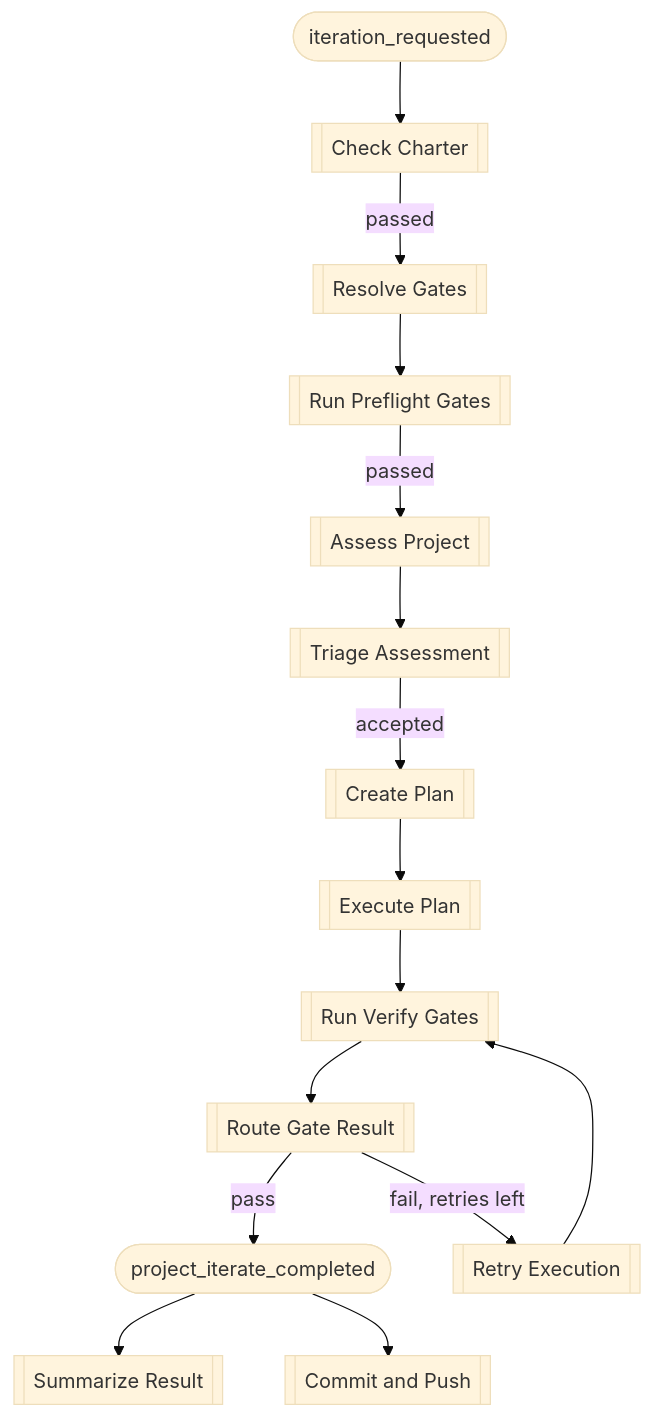
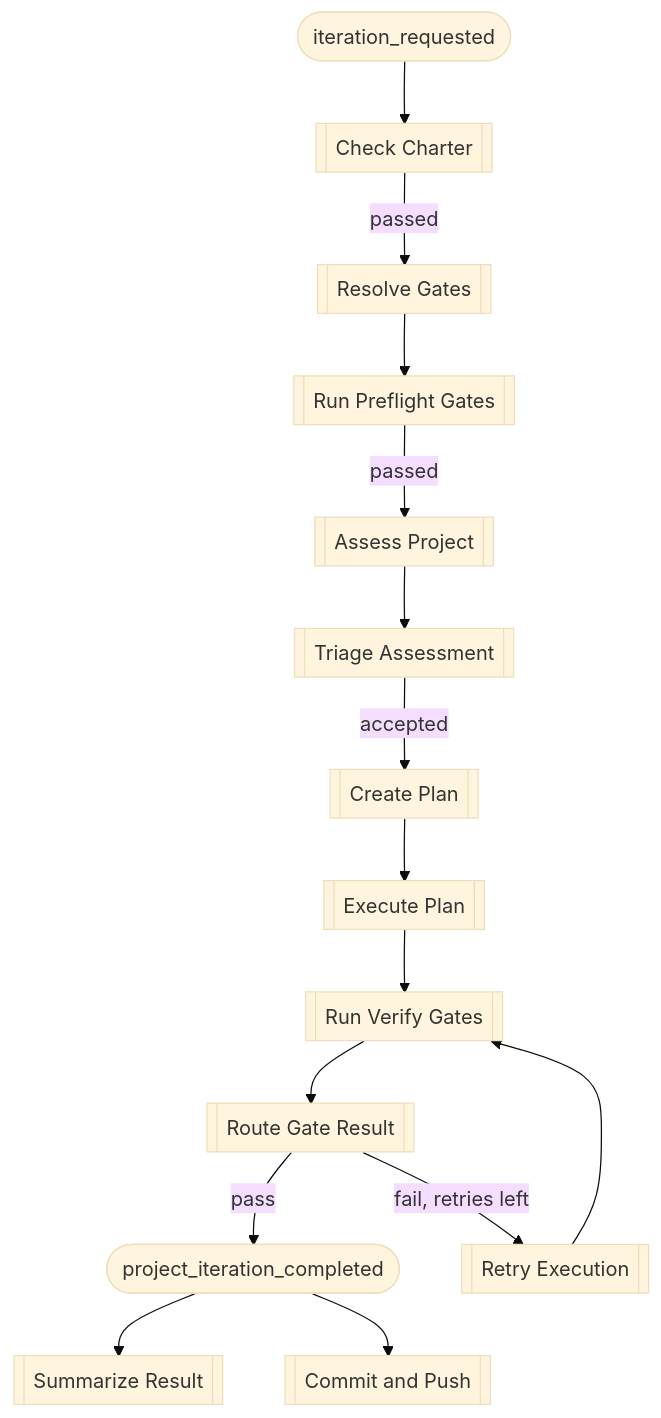
One commit to svetzal/foundry changed the second of 6 diagrams in book/src/guide/workflow-formations.md. Above: the diagram before and after it, drawn with Mermaid (base theme). The commit also changed other lines of this file and 37 other files, not shown here.

````diff
--- a/book/src/guide/workflow-formations.md
+++ b/book/src/guide/workflow-formations.md
@@ -97,17 +97,17 @@
 ```mermaid
 flowchart TD
     A([iteration_requested]) --> B[[Check Charter]]
     B -->|passed| C[[Resolve Gates]]
     C --> D[[Run Preflight Gates]]
     D -->|passed| E[[Assess Project]]
     E --> F[[Triage Assessment]]
     F -->|accepted| G[[Create Plan]]
     G --> H[[Execute Plan]]
     H --> I[[Run Verify Gates]]
     I --> J[[Route Gate Result]]
-    J -->|pass| K([project_iterate_completed])
+    J -->|pass| K([project_iteration_completed])
     J -->|fail, retries left| L[[Retry Execution]]
     L --> I
     K --> M[[Summarize Result]]
     K --> N[[Commit and Push]]
 ```
````
